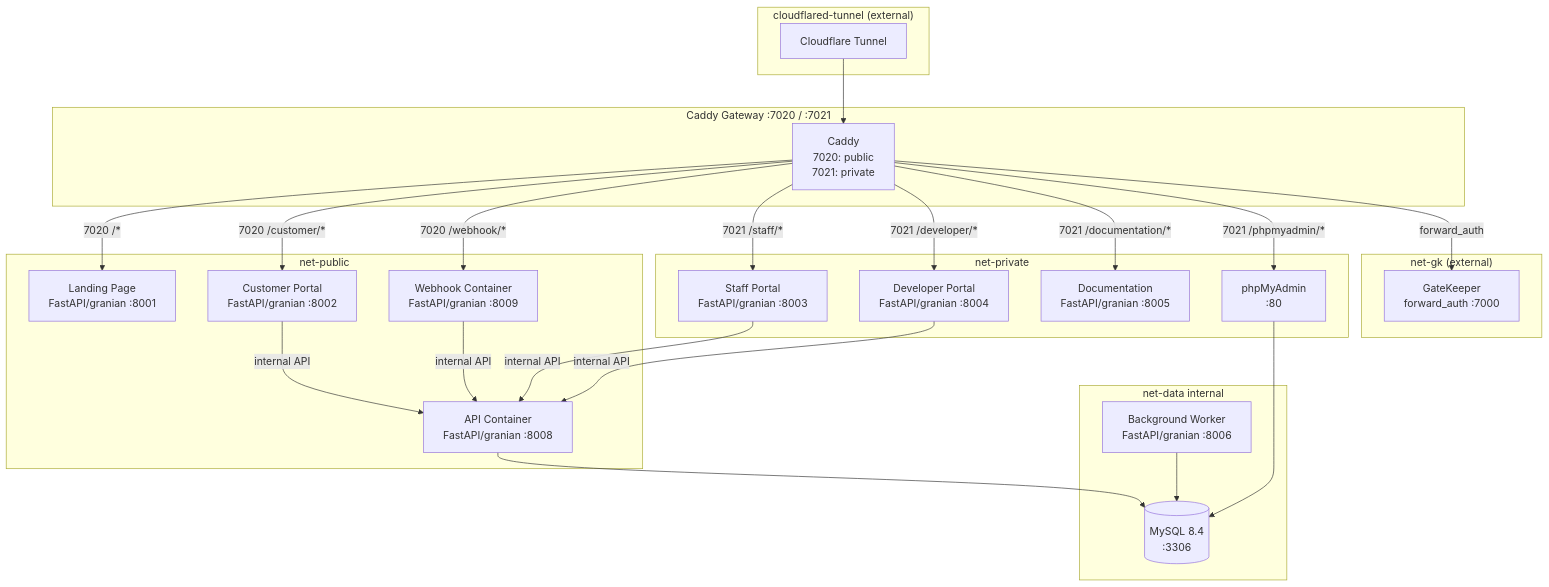
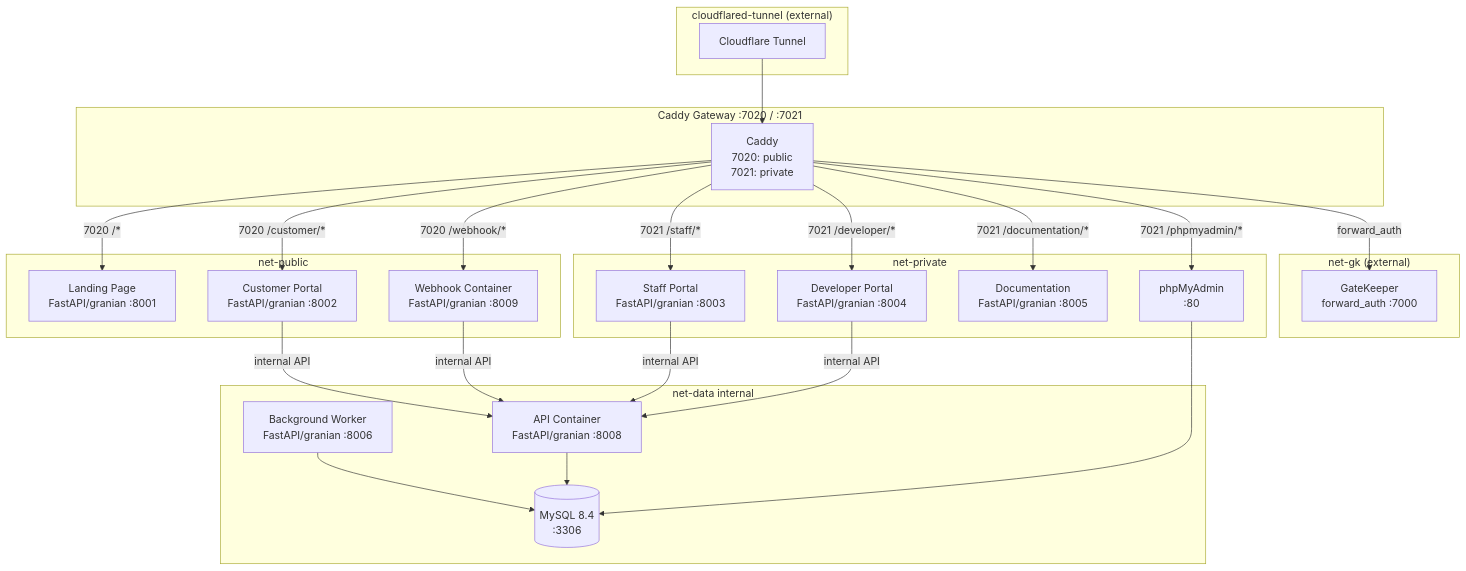
Before and after one commit to NovaProtocol/WaterBillingSystem: the first of 2 diagrams in documentation/docs/index.md, drawn with Mermaid. The commit also changed other lines of this file and 2 other files, not shown here.

Commit message:
docs: move API node to net-data subgraph in all architecture diagrams

````diff
--- a/documentation/docs/index.md
+++ b/documentation/docs/index.md
@@ -33,53 +33,53 @@
 ```mermaid
 graph TB
     subgraph "net-public"
         LAND["Landing Page<br/>FastAPI/granian :8001"]
         CP["Customer Portal<br/>FastAPI/granian :8002"]
         WH["Webhook Container<br/>FastAPI/granian :8009"]
-        API["API Container<br/>FastAPI/granian :8008"]
     end
 
     subgraph "net-private"
         SP["Staff Portal<br/>FastAPI/granian :8003"]
         DP["Developer Portal<br/>FastAPI/granian :8004"]
         DOC["Documentation<br/>FastAPI/granian :8005"]
         PMA["phpMyAdmin<br/>:80"]
     end
 
     subgraph "net-data internal"
         DB[("MySQL 8.4<br/>:3306")]
         WORKER["Background Worker<br/>FastAPI/granian :8006"]
+        API["API Container<br/>FastAPI/granian :8008"]
     end
 
     subgraph "net-gk (external)"
         GK["GateKeeper<br/>forward_auth :7000"]
     end
 
     subgraph "cloudflared-tunnel (external)"
         TUN["Cloudflare Tunnel"]
     end
 
     subgraph "Caddy Gateway :7020 / :7021"
         CAD["Caddy<br/>7020: public<br/>7021: private"]
     end
 
     CAD -->|"7020 /*"| LAND
     CAD -->|"7020 /customer/*"| CP
     CAD -->|"7020 /webhook/*"| WH
     CAD -->|"7021 /staff/*"| SP
     CAD -->|"7021 /developer/*"| DP
     CAD -->|"7021 /documentation/*"| DOC
     CAD -->|"7021 /phpmyadmin/*"| PMA
 
     CP -->|"internal API"| API
     SP -->|"internal API"| API
     DP -->|"internal API"| API
     WH -->|"internal API"| API
 
     API --> DB
     WORKER --> DB
     PMA --> DB
 
     CAD -->|"forward_auth"| GK
     TUN --> CAD
 ```
````
